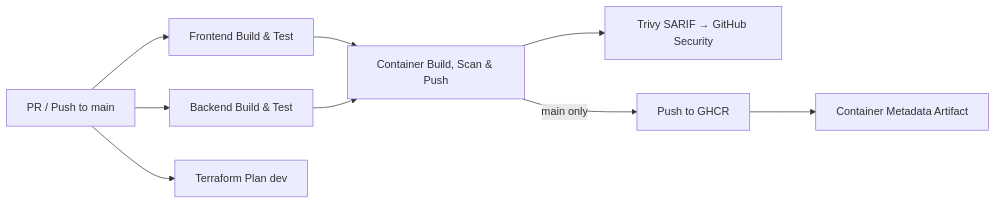
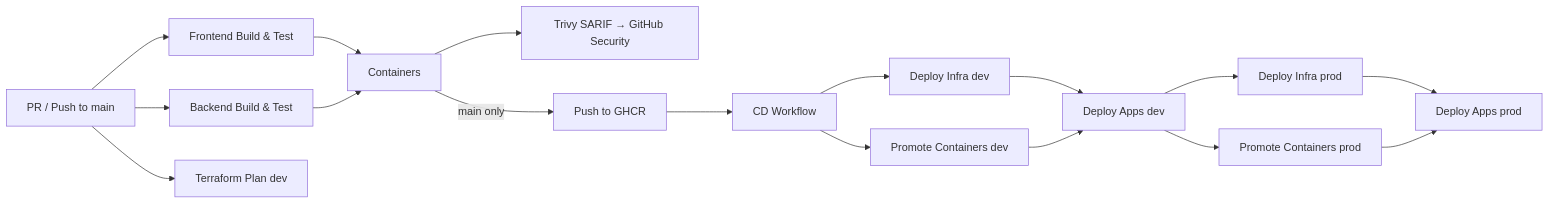
The second of 2 diagrams in README.md (christopherhouse/Azure-Integration-Copilot), drawn with Mermaid before and after one commit. The commit also changed other lines of this file and 1 other file, not shown here.

First line of the commit message:
docs: update README and developer guide to reflect CI/CD workflow state

````diff
--- a/README.md
+++ b/README.md
@@ -240,11 +242,20 @@
 ```mermaid
 flowchart LR
     A[PR / Push to main] --> B[Frontend Build & Test]
     A --> C[Backend Build & Test]
     A --> D[Terraform Plan dev]
-    B --> E[Container Build, Scan & Push]
+    B --> E[Containers]
     C --> E
     E --> F[Trivy SARIF → GitHub Security]
     E -->|main only| G[Push to GHCR]
-    G --> H[Container Metadata Artifact]
+
+    G --> CD[CD Workflow]
+    CD --> I1[Deploy Infra dev]
+    CD --> I2[Promote Containers dev]
+    I1 --> I3[Deploy Apps dev]
+    I2 --> I3
+    I3 --> I4[Deploy Infra prod]
+    I3 --> I5[Promote Containers prod]
+    I4 --> I6[Deploy Apps prod]
+    I5 --> I6
 ```
````
